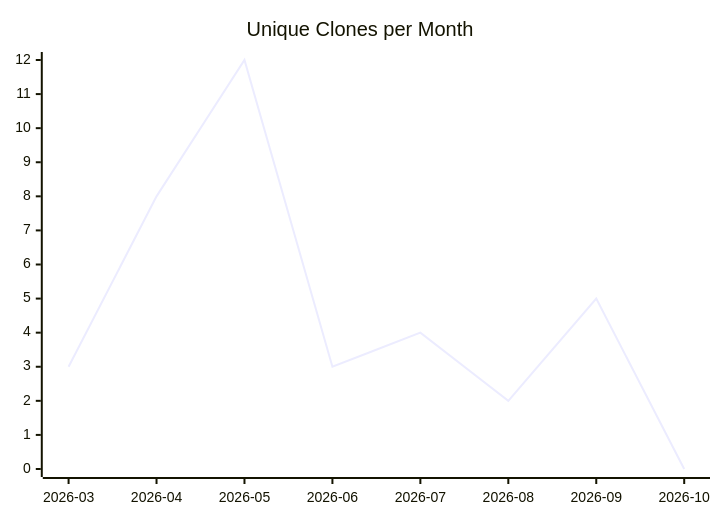
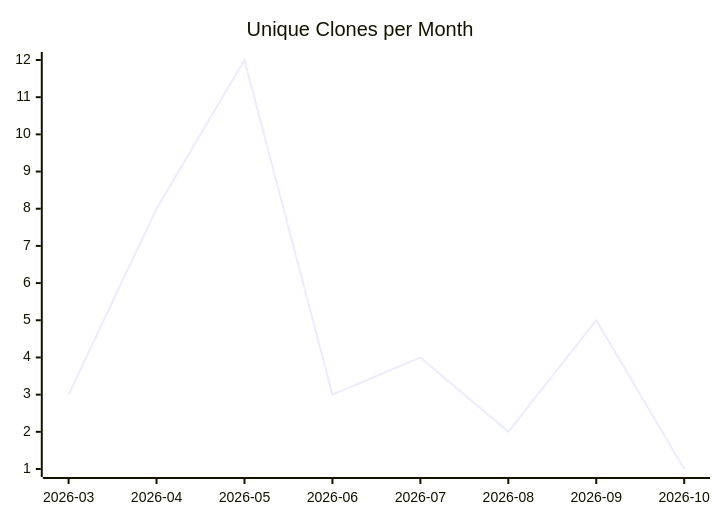
Before and after one commit to justdavis-family/github-analytics-data: the third of 3 diagrams in karlmdavis/puppet-sonar/README.md, drawn with Mermaid. The commit also changed other lines of this file and 200 other files, not shown here.

````diff
--- a/karlmdavis/puppet-sonar/README.md
+++ b/karlmdavis/puppet-sonar/README.md
@@ -19,6 +19,6 @@
 ```mermaid
 xychart-beta
   title "Unique Clones per Month"
   x-axis ["2026-03", "2026-04", "2026-05", "2026-06", "2026-07", "2026-08", "2026-09", "2026-10"]
-  line [3, 8, 12, 3, 4, 2, 5, 0]
+  line [3, 8, 12, 3, 4, 2, 5, 1]
 ```
````
